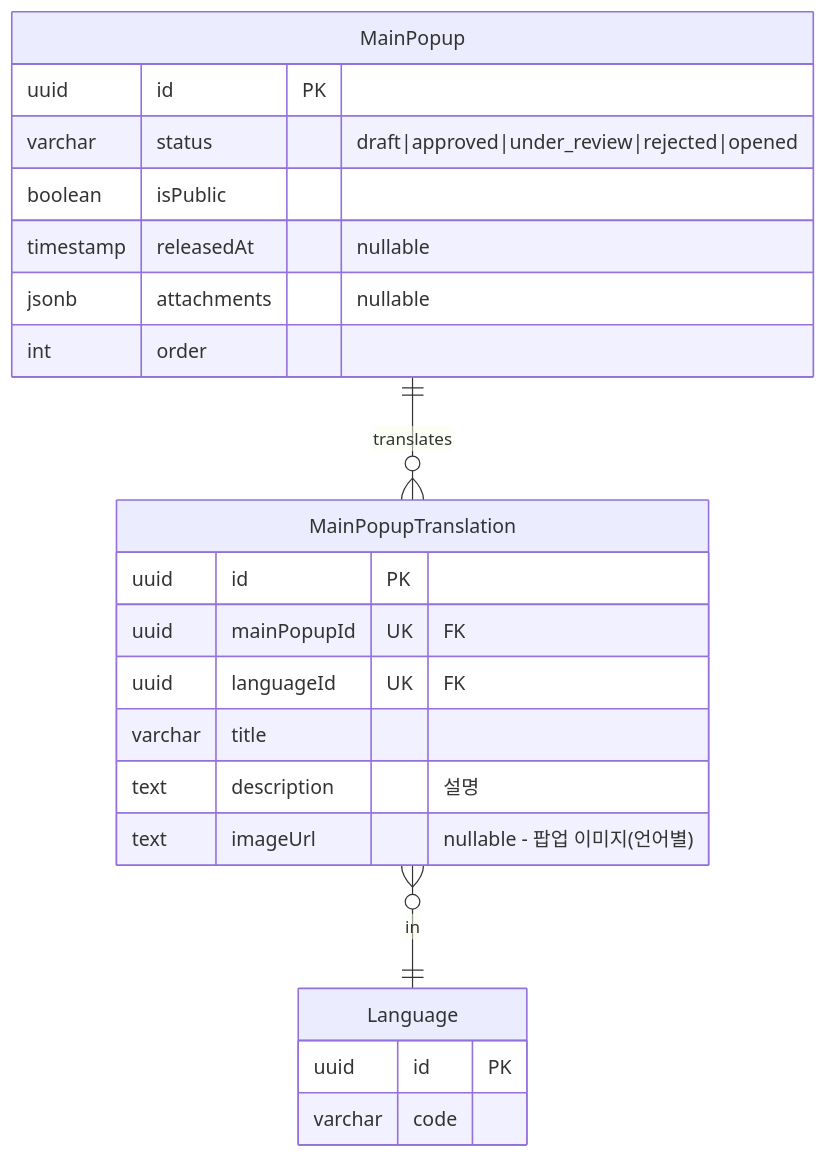
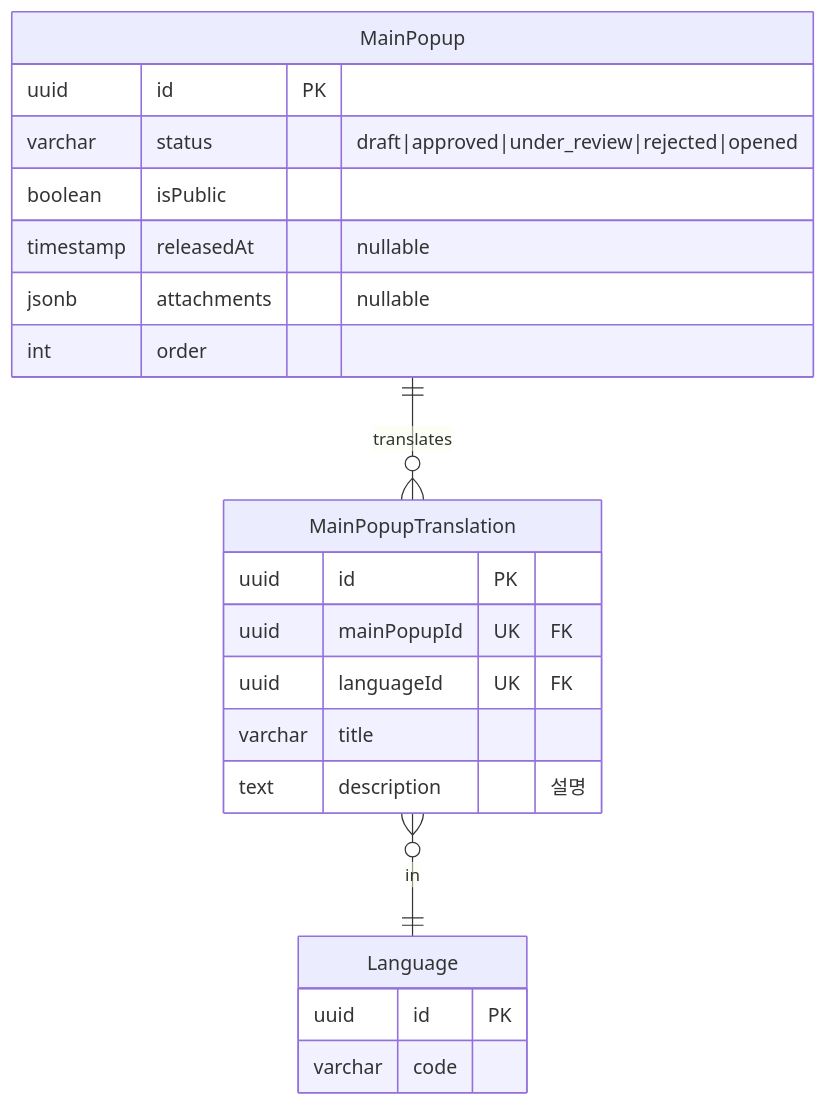
Before and after one commit to wukdddang/lumir-cms-backend: the tenth of 15 diagrams in docs/erd/er-diagram-entities.md, drawn with Mermaid. The commit also changed other lines of this file and 2 other files, not shown here.

````diff
--- a/docs/erd/er-diagram-entities.md
+++ b/docs/erd/er-diagram-entities.md
@@ -435,28 +435,27 @@
 ```mermaid
 erDiagram
     MainPopup {
         uuid id PK
         varchar status "draft|approved|under_review|rejected|opened"
         boolean isPublic
         timestamp releasedAt "nullable"
         jsonb attachments "nullable"
         int order
     }
     
     MainPopupTranslation {
         uuid id PK
         uuid mainPopupId UK "FK"
         uuid languageId UK "FK"
         varchar title
         text description "설명"
-        text imageUrl "nullable - 팝업 이미지(언어별)"
     }
     
     Language {
         uuid id PK
         varchar code
     }
     
     MainPopup ||--o{ MainPopupTranslation : "translates"
     MainPopupTranslation }o--|| Language : "in"
 ```
````
